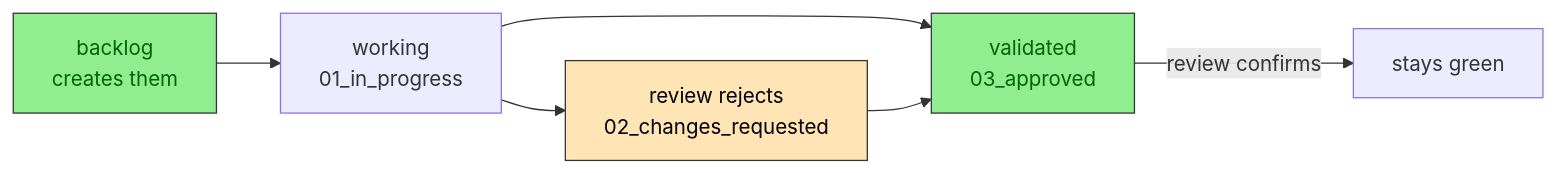
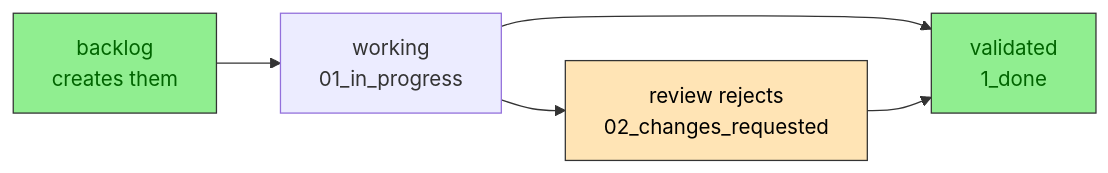
One commit to darideveloper/ai-daridev changed the third of 3 diagrams in docs/odoo.md. Above: the diagram before and after it, drawn with Mermaid. The commit also changed other lines of this file and 9 other files, not shown here.

````diff
--- a/docs/odoo.md
+++ b/docs/odoo.md
@@ -102,11 +105,10 @@
 ```mermaid
 flowchart LR
     A["backlog<br/>creates them"] --> B["working<br/>01_in_progress"]
-    B --> C["validated<br/>03_approved"]
+    B --> C["validated<br/>1_done"]
     B --> D["review rejects<br/>02_changes_requested"]
     D --> C
-    C -->|review confirms| E["stays green"]
     style A fill:#90EE90,stroke:#333,color:darkgreen
     style C fill:#90EE90,stroke:#333,color:darkgreen
     style D fill:#FFE4B5,stroke:#333,color:#000
 ```
````
